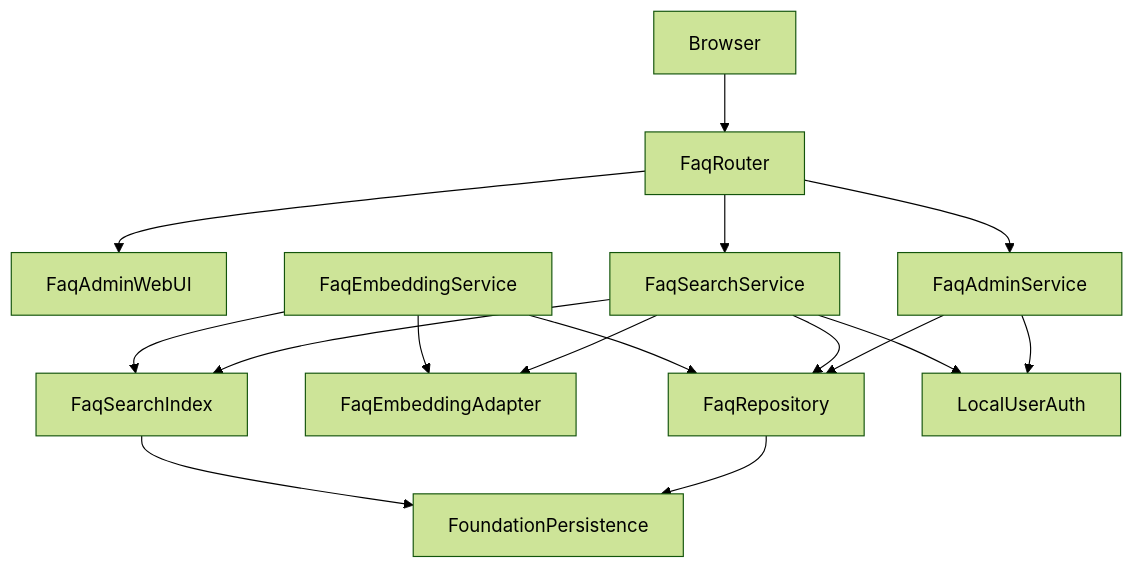
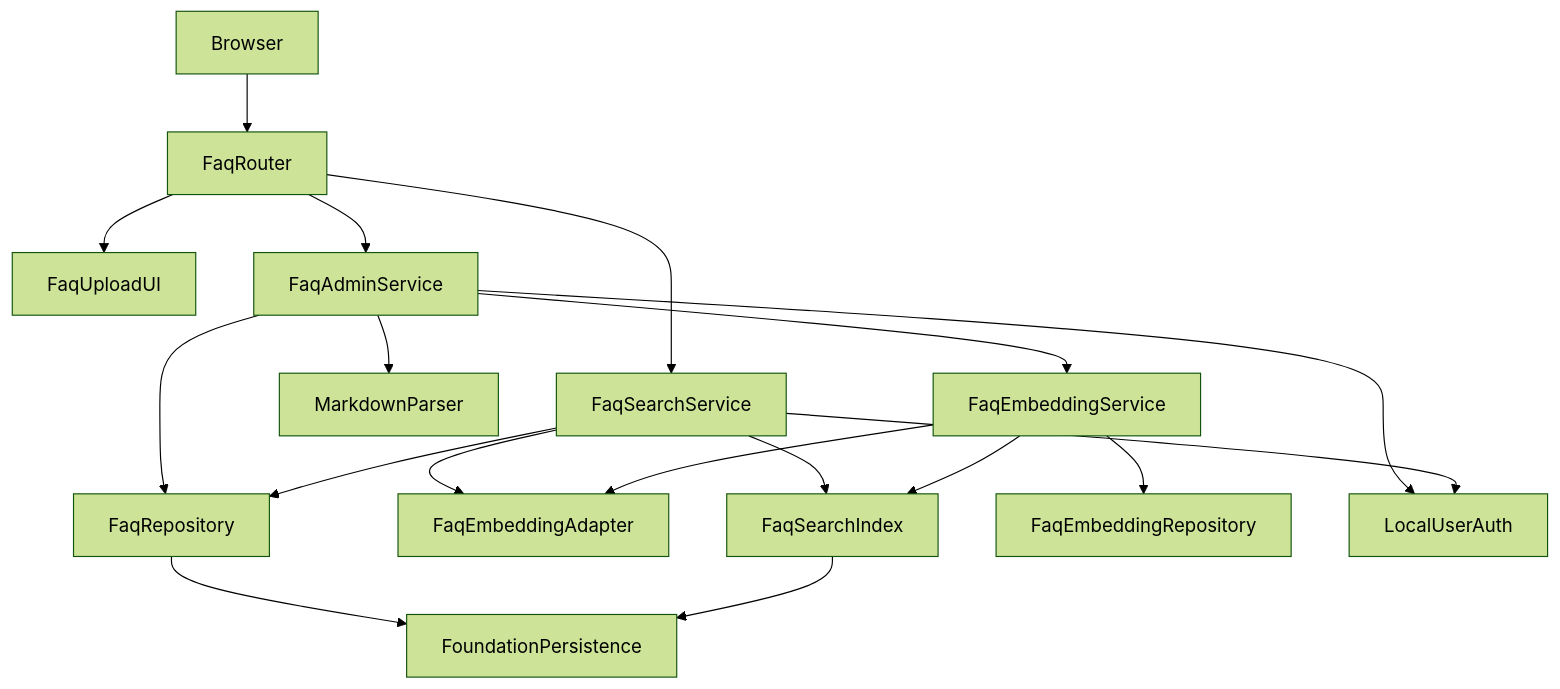
The first of 3 diagrams in .kiro/specs/faq-management-and-search/design.md (iwamuratakashi/cc-sdd-workshop-team7-helpo), drawn with Mermaid (forest theme) before and after one commit. The commit also changed other lines of this file and 5 other files, not shown here.

````diff
--- a/.kiro/specs/faq-management-and-search/design.md
+++ b/.kiro/specs/faq-management-and-search/design.md
@@ -68,18 +73,20 @@
 ```mermaid
 graph TB
     Browser --> FaqRouter
-    FaqRouter --> FaqAdminWebUI
+    FaqRouter --> FaqUploadUI
     FaqRouter --> FaqAdminService
     FaqRouter --> FaqSearchService
+    FaqAdminService --> MarkdownParser
     FaqAdminService --> FaqRepository
+    FaqAdminService --> FaqEmbeddingService
     FaqSearchService --> FaqEmbeddingAdapter
     FaqSearchService --> FaqSearchIndex
     FaqSearchService --> FaqRepository
     FaqEmbeddingService --> FaqEmbeddingAdapter
-    FaqEmbeddingService --> FaqRepository
+    FaqEmbeddingService --> FaqEmbeddingRepository
     FaqEmbeddingService --> FaqSearchIndex
     FaqRepository --> FoundationPersistence
     FaqSearchIndex --> FoundationPersistence
     FaqAdminService --> LocalUserAuth
     FaqSearchService --> LocalUserAuth
 ```
````
